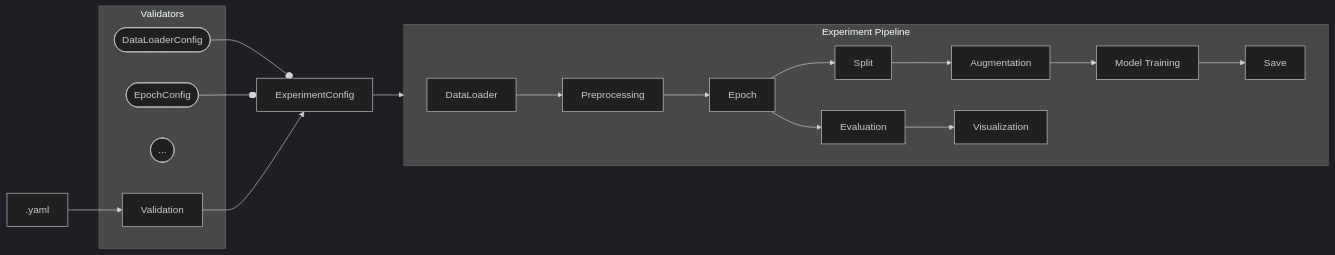
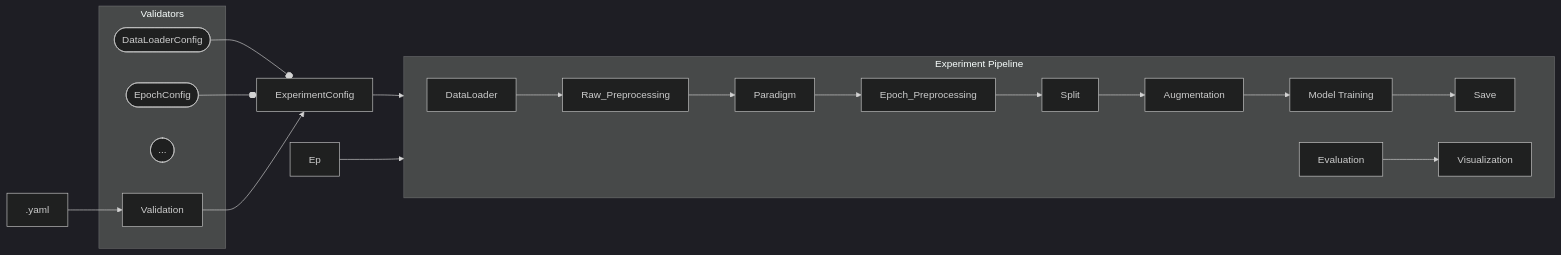
Before and after one commit to Jirka70/TSP: the diagram in README.md, drawn with Mermaid. The commit also changed other lines of this file, not shown here.

````diff
--- a/README.md
+++ b/README.md
@@ -7,41 +7,43 @@
 ```mermaid
 ---
 config:
   theme: 'dark'
 ---
 flowchart LR
     subgraph Experiment Pipeline
         direction LR
         DL[DataLoader]
-        Preprc[Preprocessing]
-        Ep[Epoch]
+        RPreprc[Raw_Preprocessing]
+        Prdgm[Paradigm]
+        EPreprc[Epoch_Preprocessing]
         Spl[Split]
         Aug[Augmentation]
         Train[Model Training]
         Eval[Evaluation]
         Viz[Visualization]
         Sv[Save]
     end
 
     subgraph Validators
         VALID[Validation]
         DLV([DataLoaderConfig])
         other([...])
         Epoch([EpochConfig])
     end
 
     DLV --o ExConf
     Epoch --o ExConf
 
     YAML[.yaml] --> VALID[Validation]
     VALID --> ExConf[ExperimentConfig]
     ExConf --> DL
-    DL --> Preprc
-    Preprc --> Ep
-    Ep --> Spl
+    DL --> RPreprc
+    RPreprc --> Prdgm
+    Prdgm --> EPreprc
+    EPreprc --> Spl
     Spl --> Aug
     Aug --> Train
     Train --> Sv
     Ep --> Eval
     Eval --> Viz
 ```
````
